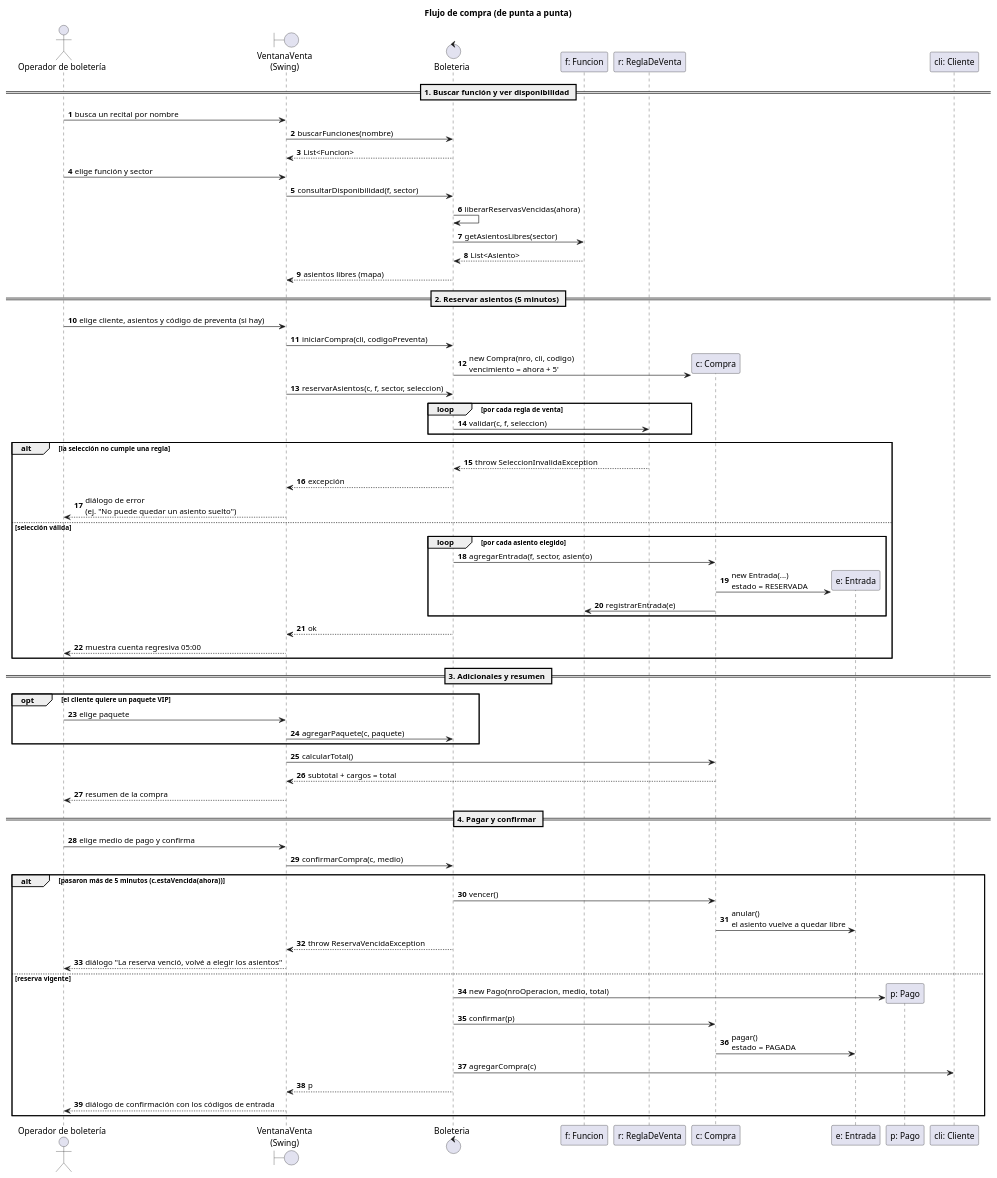
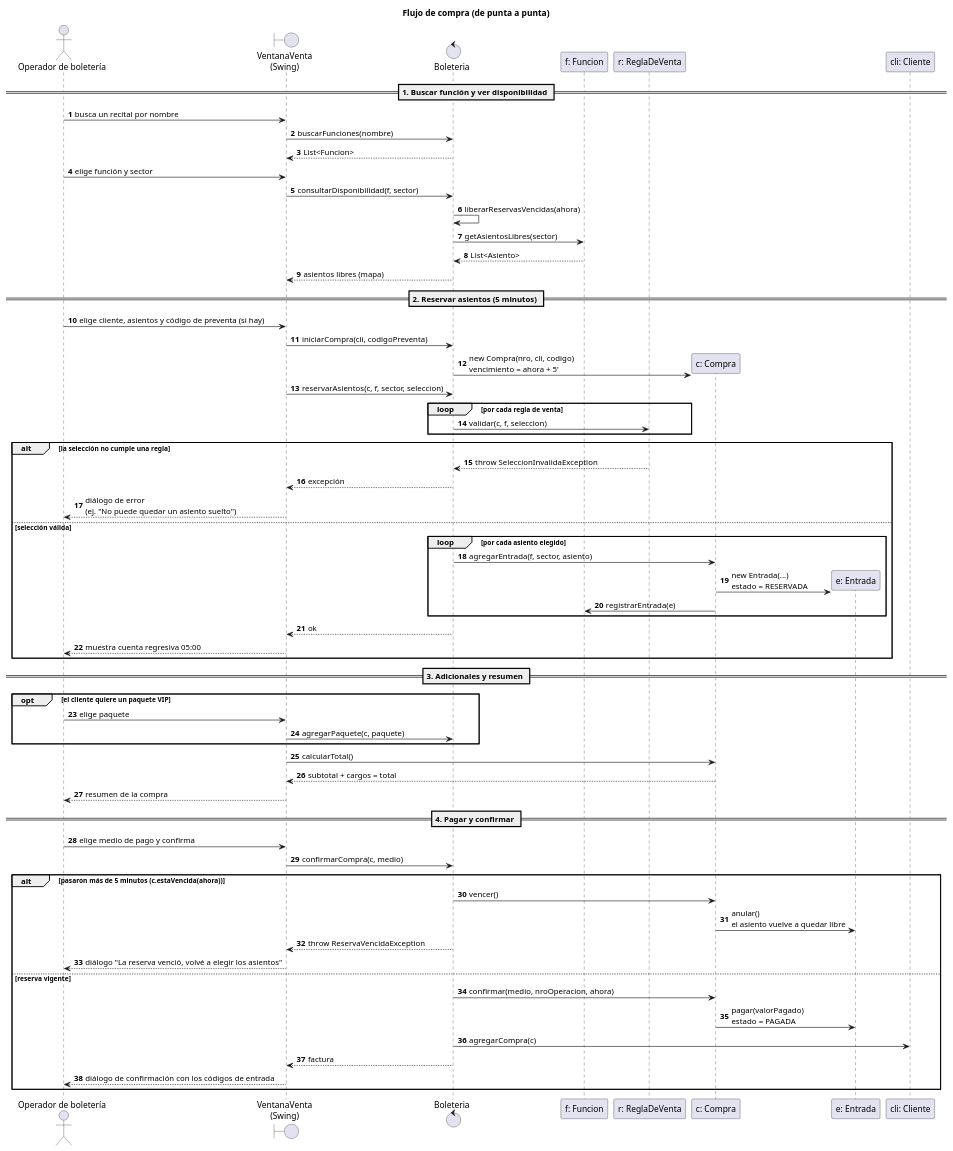
Before and after one commit to malenitaa/paradigma_tpo_2026: the first of 3 diagrams in diagramas/flujo-de-compra/flujo_compra.puml, drawn with PlantUML. The commit also changed 27 other files, not shown here.

```diff
--- a/diagramas/flujo-de-compra/flujo_compra.puml
+++ b/diagramas/flujo-de-compra/flujo_compra.puml
@@ -5,77 +5,74 @@
 @startuml TPO_secuencia_compra
 title Flujo de compra (de punta a punta)
 skinparam shadowing false
 autonumber
 
 actor "Operador de boletería" as Op
 boundary "VentanaVenta\n(Swing)" as UI
 control Boleteria
 participant "f: Funcion" as F
 participant "r: ReglaDeVenta" as R
 participant "c: Compra" as C
 participant "e: Entrada" as E
-participant "p: Pago" as P
 participant "cli: Cliente" as Cli
 
 == 1. Buscar función y ver disponibilidad ==
 Op -> UI : busca un recital por nombre
 UI -> Boleteria : buscarFunciones(nombre)
 Boleteria --> UI : List<Funcion>
 Op -> UI : elige función y sector
 UI -> Boleteria : consultarDisponibilidad(f, sector)
 Boleteria -> Boleteria : liberarReservasVencidas(ahora)
 Boleteria -> F : getAsientosLibres(sector)
 F --> Boleteria : List<Asiento>
 Boleteria --> UI : asientos libres (mapa)
 
 == 2. Reservar asientos (5 minutos) ==
 Op -> UI : elige cliente, asientos y código de preventa (si hay)
 UI -> Boleteria : iniciarCompra(cli, codigoPreventa)
 create C
 Boleteria -> C : new Compra(nro, cli, codigo)\nvencimiento = ahora + 5'
 UI -> Boleteria : reservarAsientos(c, f, sector, seleccion)
 loop por cada regla de venta
   Boleteria -> R : validar(c, f, seleccion)
 end
 alt la selección no cumple una regla
   R --> Boleteria : throw SeleccionInvalidaException
   Boleteria --> UI : excepción
   UI --> Op : diálogo de error\n(ej. "No puede quedar un asiento suelto")
 else selección válida
   loop por cada asiento elegido
     Boleteria -> C : agregarEntrada(f, sector, asiento)
     create E
     C -> E : new Entrada(...)\nestado = RESERVADA
     C -> F : registrarEntrada(e)
   end
   Boleteria --> UI : ok
   UI --> Op : muestra cuenta regresiva 05:00
 end
 
 == 3. Adicionales y resumen ==
 opt el cliente quiere un paquete VIP
   Op -> UI : elige paquete
   UI -> Boleteria : agregarPaquete(c, paquete)
 end
 UI -> C : calcularTotal()
 C --> UI : subtotal + cargos = total
 UI --> Op : resumen de la compra
 
 == 4. Pagar y confirmar ==
 Op -> UI : elige medio de pago y confirma
 UI -> Boleteria : confirmarCompra(c, medio)
 alt pasaron más de 5 minutos (c.estaVencida(ahora))
   Boleteria -> C : vencer()
   C -> E : anular()\nel asiento vuelve a quedar libre
   Boleteria --> UI : throw ReservaVencidaException
   UI --> Op : diálogo "La reserva venció, volvé a elegir los asientos"
 else reserva vigente
-  create P
-  Boleteria -> P : new Pago(nroOperacion, medio, total)
-  Boleteria -> C : confirmar(p)
-  C -> E : pagar()\nestado = PAGADA
+  Boleteria -> C : confirmar(medio, nroOperacion, ahora)
+  C -> E : pagar(valorPagado)\nestado = PAGADA
   Boleteria -> Cli : agregarCompra(c)
-  Boleteria --> UI : p
+  Boleteria --> UI : factura
   UI --> Op : diálogo de confirmación con los códigos de entrada
 end
 @enduml
```
